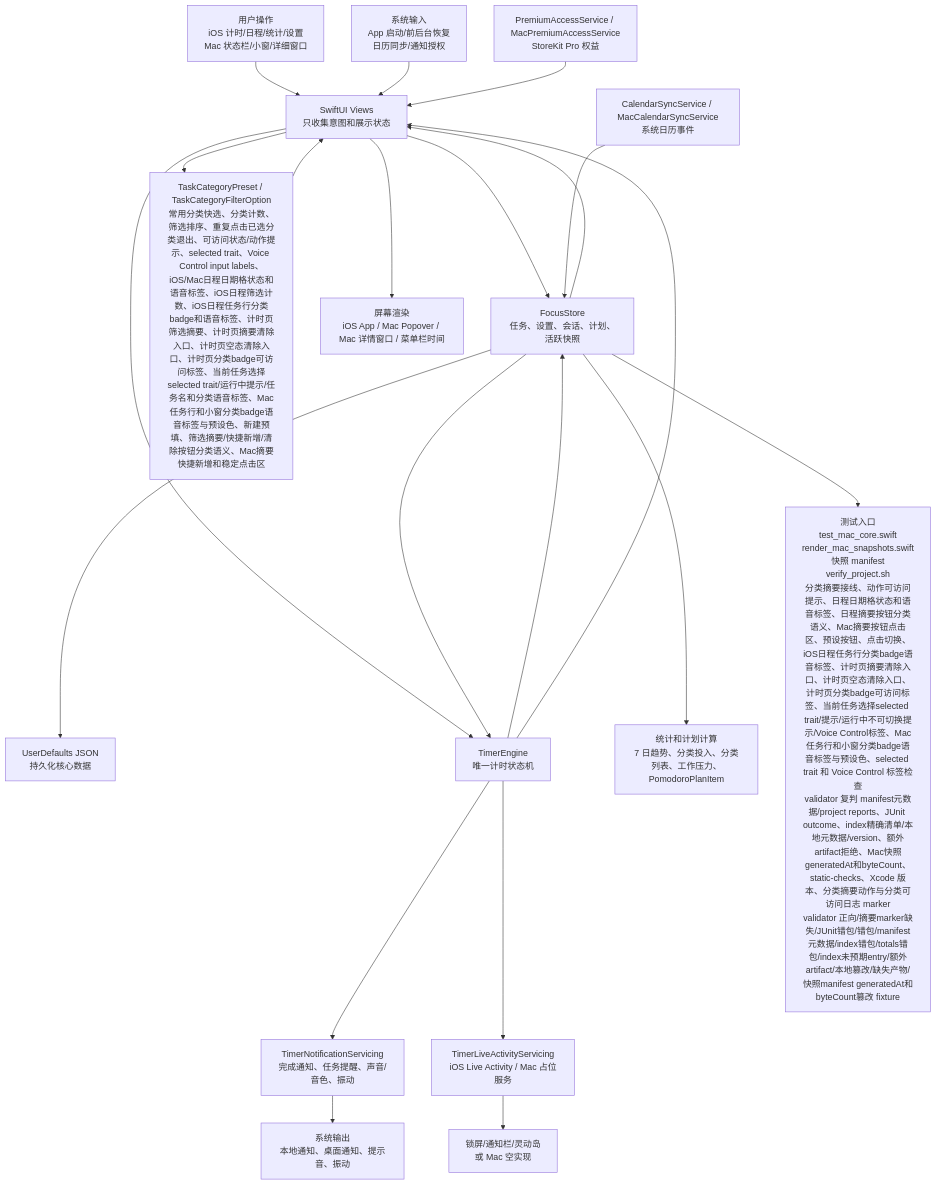
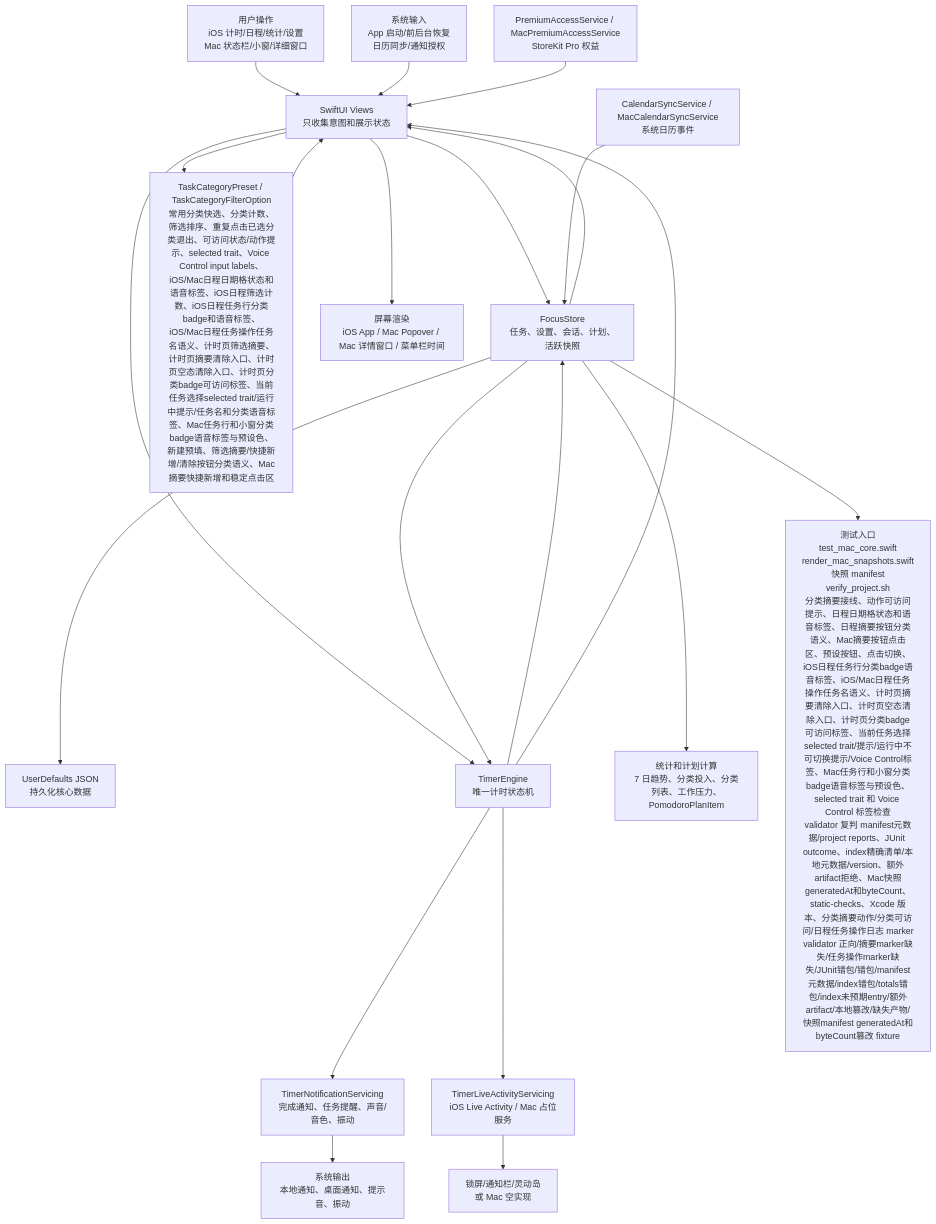
The first of 6 diagrams in md/flow/flowchart.md (Altman-sam114/114), drawn with Mermaid before and after one commit. The commit also changed other lines of this file and 9 other files, not shown here.

````diff
--- a/md/flow/flowchart.md
+++ b/md/flow/flowchart.md
@@ -9,23 +9,23 @@
 ```mermaid
 flowchart TD
   U["用户操作<br/>iOS 计时/日程/统计/设置<br/>Mac 状态栏/小窗/详细窗口"] --> V["SwiftUI Views<br/>只收集意图和展示状态"]
   SYS["系统输入<br/>App 启动/前后台恢复<br/>日历同步/通知授权"] --> V
   V --> S["FocusStore<br/>任务、设置、会话、计划、活跃快照"]
-  V --> CAT["TaskCategoryPreset / TaskCategoryFilterOption<br/>常用分类快选、分类计数、筛选排序、重复点击已选分类退出、可访问状态/动作提示、selected trait、Voice Control input labels、iOS/Mac日程日期格状态和语音标签、iOS日程筛选计数、iOS日程任务行分类badge和语音标签、计时页筛选摘要、计时页摘要清除入口、计时页空态清除入口、计时页分类badge可访问标签、当前任务选择selected trait/运行中提示/任务名和分类语音标签、Mac任务行和小窗分类badge语音标签与预设色、新建预填、筛选摘要/快捷新增/清除按钮分类语义、Mac摘要快捷新增和稳定点击区"]
+  V --> CAT["TaskCategoryPreset / TaskCategoryFilterOption<br/>常用分类快选、分类计数、筛选排序、重复点击已选分类退出、可访问状态/动作提示、selected trait、Voice Control input labels、iOS/Mac日程日期格状态和语音标签、iOS日程筛选计数、iOS日程任务行分类badge和语音标签、iOS/Mac日程任务操作任务名语义、计时页筛选摘要、计时页摘要清除入口、计时页空态清除入口、计时页分类badge可访问标签、当前任务选择selected trait/运行中提示/任务名和分类语音标签、Mac任务行和小窗分类badge语音标签与预设色、新建预填、筛选摘要/快捷新增/清除按钮分类语义、Mac摘要快捷新增和稳定点击区"]
   CAT --> V
   S --> P["UserDefaults JSON<br/>持久化核心数据"]
   V --> E["TimerEngine<br/>唯一计时状态机"]
   S --> E
   E --> S
   E --> N["TimerNotificationServicing<br/>完成通知、任务提醒、声音/音色、振动"]
   E --> L["TimerLiveActivityServicing<br/>iOS Live Activity / Mac 占位服务"]
   S --> C["统计和计划计算<br/>7 日趋势、分类投入、分类列表、工作压力、PomodoroPlanItem"]
   CAL["CalendarSyncService / MacCalendarSyncService<br/>系统日历事件"] --> S
   PRO["PremiumAccessService / MacPremiumAccessService<br/>StoreKit Pro 权益"] --> V
   S --> V
   E --> V
   V --> OUT["屏幕渲染<br/>iOS App / Mac Popover / Mac 详情窗口 / 菜单栏时间"]
   N --> OUT2["系统输出<br/>本地通知、桌面通知、提示音、振动"]
   L --> OUT3["锁屏/通知栏/灵动岛<br/>或 Mac 空实现"]
-  S --> T["测试入口<br/>test_mac_core.swift<br/>render_mac_snapshots.swift<br/>快照 manifest<br/>verify_project.sh<br/>分类摘要接线、动作可访问提示、日程日期格状态和语音标签、日程摘要按钮分类语义、Mac摘要按钮点击区、预设按钮、点击切换、iOS日程任务行分类badge语音标签、计时页摘要清除入口、计时页空态清除入口、计时页分类badge可访问标签、当前任务选择selected trait/提示/运行中不可切换提示/Voice Control标签、Mac任务行和小窗分类badge语音标签与预设色、selected trait 和 Voice Control 标签检查<br/>validator 复判 manifest元数据/project reports、JUnit outcome、index精确清单/本地元数据/version、额外artifact拒绝、Mac快照generatedAt和byteCount、static-checks、Xcode 版本、分类摘要动作与分类可访问日志 marker<br/>validator 正向/摘要marker缺失/JUnit错包/错包/manifest元数据/index错包/totals错包/index未预期entry/额外artifact/本地篡改/缺失产物/快照manifest generatedAt和byteCount篡改 fixture"]
+  S --> T["测试入口<br/>test_mac_core.swift<br/>render_mac_snapshots.swift<br/>快照 manifest<br/>verify_project.sh<br/>分类摘要接线、动作可访问提示、日程日期格状态和语音标签、日程摘要按钮分类语义、Mac摘要按钮点击区、预设按钮、点击切换、iOS日程任务行分类badge语音标签、iOS/Mac日程任务操作任务名语义、计时页摘要清除入口、计时页空态清除入口、计时页分类badge可访问标签、当前任务选择selected trait/提示/运行中不可切换提示/Voice Control标签、Mac任务行和小窗分类badge语音标签与预设色、selected trait 和 Voice Control 标签检查<br/>validator 复判 manifest元数据/project reports、JUnit outcome、index精确清单/本地元数据/version、额外artifact拒绝、Mac快照generatedAt和byteCount、static-checks、Xcode 版本、分类摘要动作/分类可访问/日程任务操作日志 marker<br/>validator 正向/摘要marker缺失/任务操作marker缺失/JUnit错包/错包/manifest元数据/index错包/totals错包/index未预期entry/额外artifact/本地篡改/缺失产物/快照manifest generatedAt和byteCount篡改 fixture"]
 ```
````
